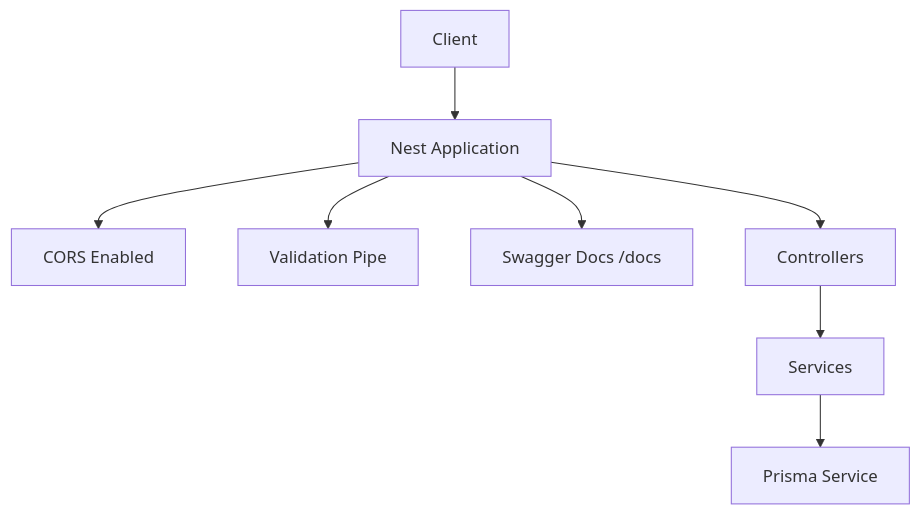
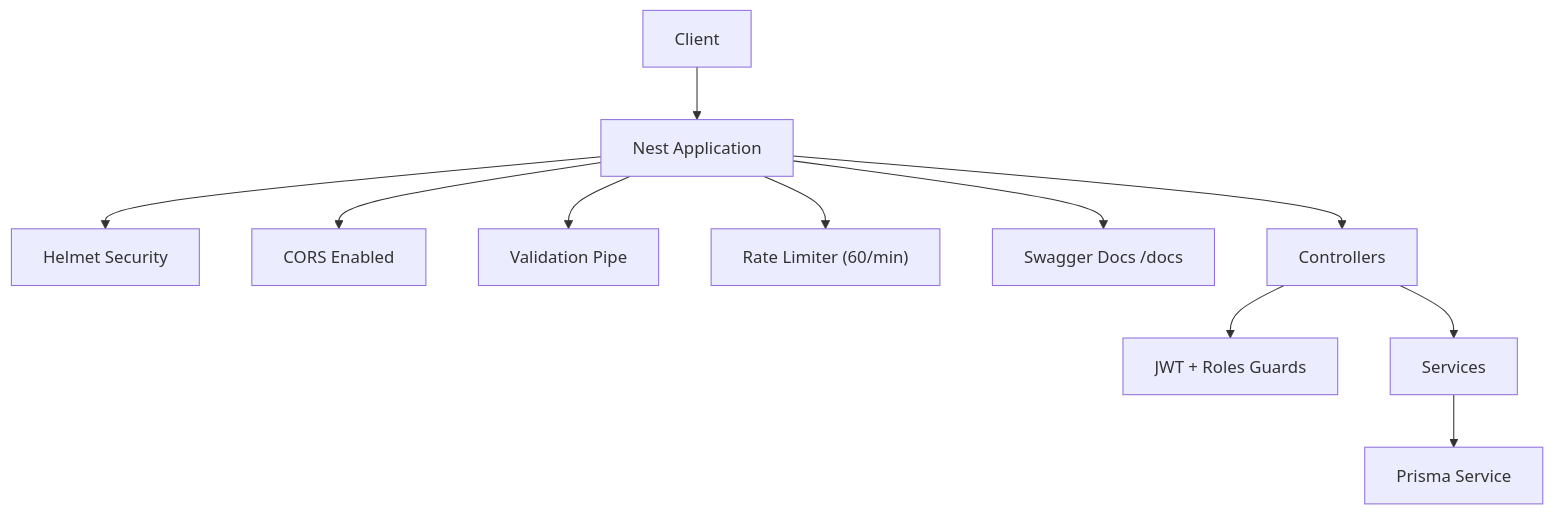
Before and after one commit to jairosouza67/99-Pai: the second of 3 diagrams in .qoder/repowiki/en/content/API Reference.md, drawn with Mermaid. The commit also changed other lines of this file and 17 other files, not shown here.

````diff
--- a/.qoder/repowiki/en/content/API Reference.md
+++ b/.qoder/repowiki/en/content/API Reference.md
@@ -94,10 +127,13 @@
 ```mermaid
 graph TB
 Client["Client"] --> GW["Nest Application"]
+GW --> SEC["Helmet Security"]
 GW --> CORS["CORS Enabled"]
 GW --> VAL["Validation Pipe"]
+GW --> THROTTLE["Rate Limiter (60/min)"]
 GW --> SWAG["Swagger Docs /docs"]
 GW --> CTRL["Controllers"]
+CTRL --> GUARDS["JWT + Roles Guards"]
 CTRL --> SVC["Services"]
 SVC --> PRISMA["Prisma Service"]
 ```
````
